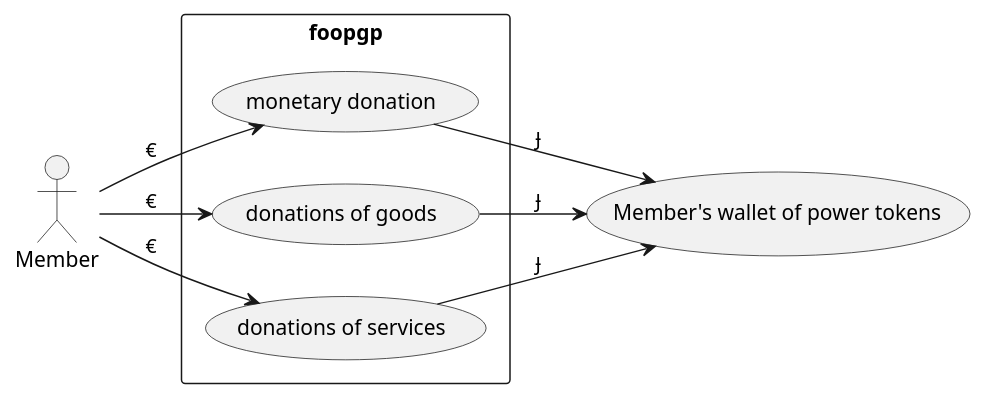
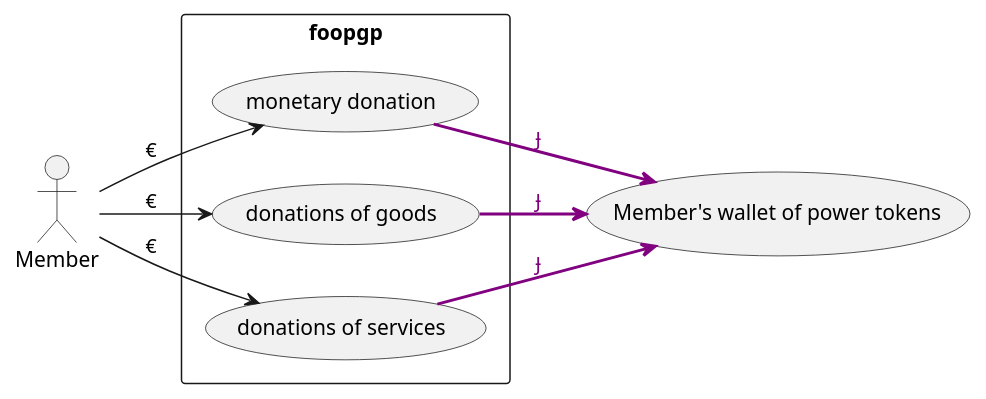
One commit to foopgp/foopgp-hugowebsite changed the first of 3 diagrams in content/french/blog/2024-09-01-whitepaper-part2.md. Above: the diagram before and after it, drawn with PlantUML. The commit also changed other lines of this file and 3 other files, not shown here.

```diff
--- a/content/french/blog/2024-09-01-whitepaper-part2.md
+++ b/content/french/blog/2024-09-01-whitepaper-part2.md
@@ -71,19 +90,19 @@
-{{< plantuml id="eg" >}}
+{{< plantuml id="donation" >}}
 @startuml
 left to right direction
 actor "Member" as mb
 rectangle foopgp {
   usecase "monetary donation" as UC1
   usecase "donations of goods" as UC2
   usecase "donations of services" as UC3
 
 }
 usecase "Member's wallet of power tokens" as W
 mb --> UC1 : €
 mb --> UC2 : €
 mb --> UC3 : €
-UC1 --> W : Ɉ
-UC2 --> W : Ɉ
-UC3 --> W : Ɉ
+UC1 --> W #line:purple;line.bold;text:purple : Ɉ
+UC2 --> W #line:purple;line.bold;text:purple : Ɉ
+UC3 --> W #line:purple;line.bold;text:purple : Ɉ
 @enduml
 {{< /plantuml >}}
```
